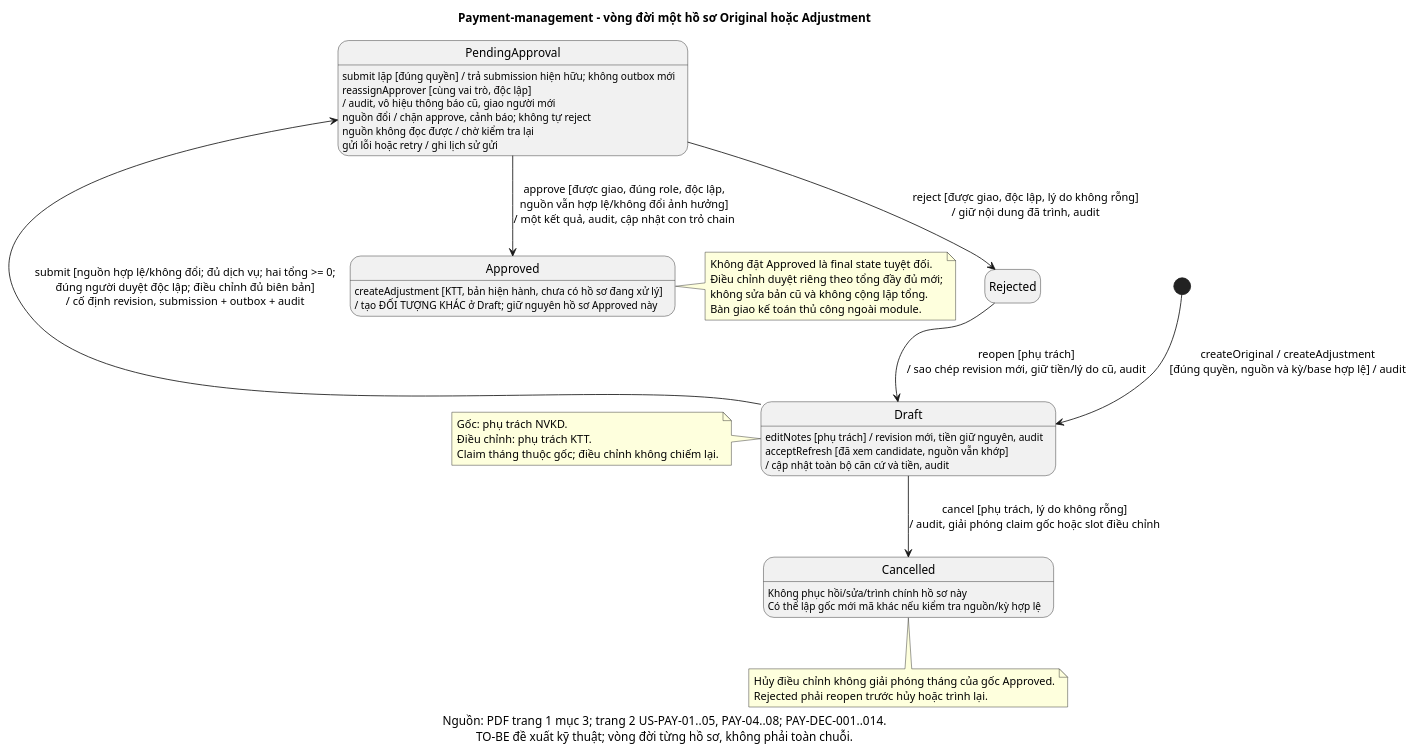
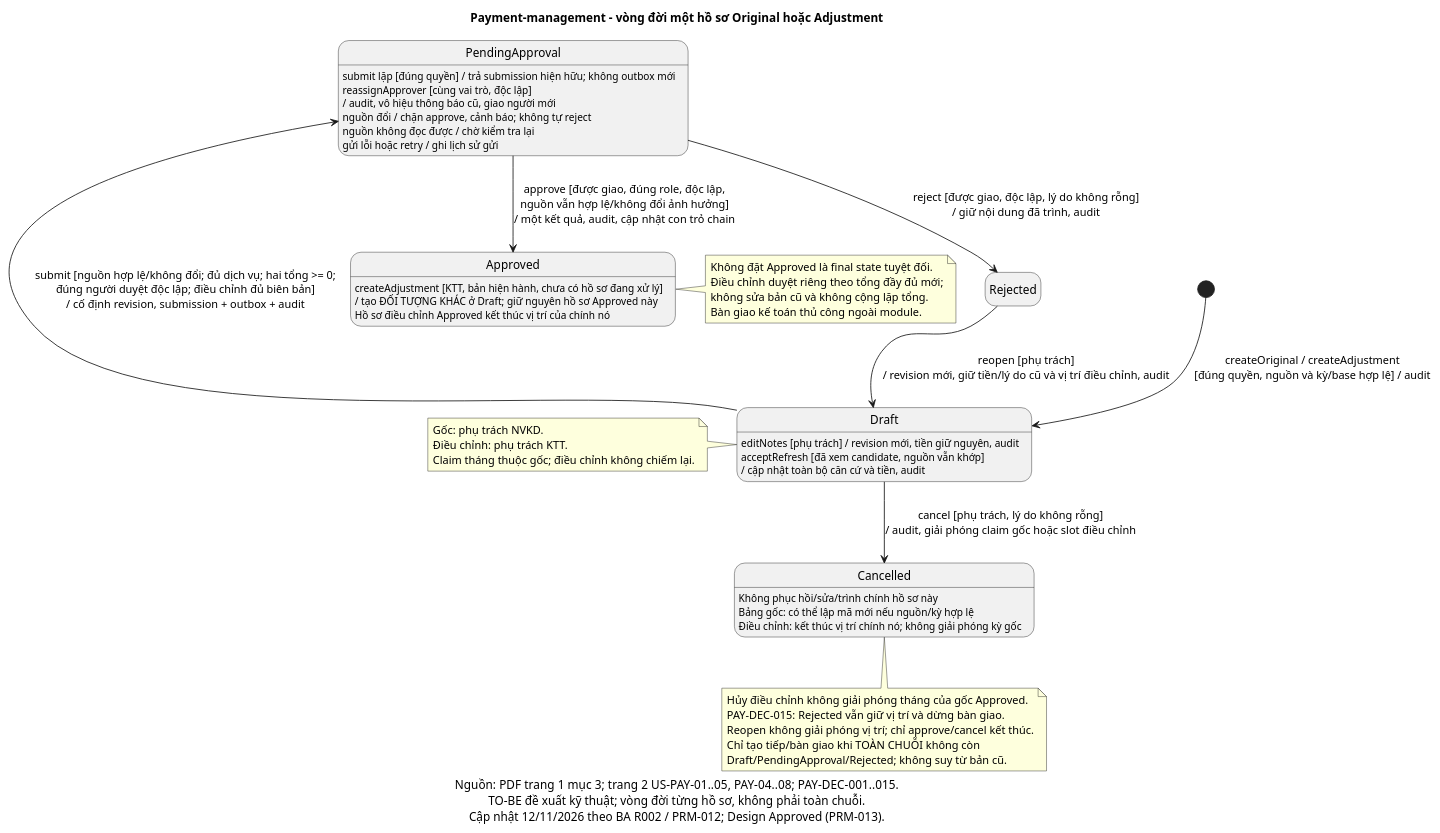
Before and after one commit to NotTodaySirr/module_thanh_toan: the diagram in docs/design/payment-management/diagrams/state-machine.puml, drawn with PlantUML. The commit also changed 22 other files, not shown here.

Commit message:
docs(payment-management): cập nhật thiết kế theo phân tích sau R002

```diff
--- a/docs/design/payment-management/diagrams/state-machine.puml
+++ b/docs/design/payment-management/diagrams/state-machine.puml
@@ -1,43 +1,48 @@
 @startuml
 title Payment-management - vòng đời một hồ sơ Original hoặc Adjustment
-caption Nguồn: PDF trang 1 mục 3; trang 2 US-PAY-01..05, PAY-04..08; PAY-DEC-001..014.\nTO-BE đề xuất kỹ thuật; vòng đời từng hồ sơ, không phải toàn chuỗi.
+caption Nguồn: PDF trang 1 mục 3; trang 2 US-PAY-01..05, PAY-04..08; PAY-DEC-001..015.\nTO-BE đề xuất kỹ thuật; vòng đời từng hồ sơ, không phải toàn chuỗi.\nCập nhật 12/11/2026 theo BA R002 / PRM-012; Design Approved (PRM-013).
 skinparam defaultFontName Arial
 hide empty description
 
 [*] --> Draft : createOriginal / createAdjustment\n[đúng quyền, nguồn và kỳ/base hợp lệ] / audit
 Draft : editNotes [phụ trách] / revision mới, tiền giữ nguyên, audit
 Draft : acceptRefresh [đã xem candidate, nguồn vẫn khớp]
 Draft : / cập nhật toàn bộ căn cứ và tiền, audit
 Draft --> PendingApproval : submit [nguồn hợp lệ/không đổi; đủ dịch vụ; hai tổng >= 0;\nđúng người duyệt độc lập; điều chỉnh đủ biên bản]\n/ cố định revision, submission + outbox + audit
 PendingApproval : submit lặp [đúng quyền] / trả submission hiện hữu; không outbox mới
 PendingApproval : reassignApprover [cùng vai trò, độc lập]
 PendingApproval : / audit, vô hiệu thông báo cũ, giao người mới
 PendingApproval : nguồn đổi / chặn approve, cảnh báo; không tự reject
 PendingApproval : nguồn không đọc được / chờ kiểm tra lại
 PendingApproval : gửi lỗi hoặc retry / ghi lịch sử gửi
 PendingApproval --> Approved : approve [được giao, đúng role, độc lập,\nnguồn vẫn hợp lệ/không đổi ảnh hưởng]\n/ một kết quả, audit, cập nhật con trỏ chain
 PendingApproval --> Rejected : reject [được giao, độc lập, lý do không rỗng]\n/ giữ nội dung đã trình, audit
-Rejected --> Draft : reopen [phụ trách]\n/ sao chép revision mới, giữ tiền/lý do cũ, audit
+Rejected --> Draft : reopen [phụ trách]\n/ revision mới, giữ tiền/lý do cũ và vị trí điều chỉnh, audit
 Draft --> Cancelled : cancel [phụ trách, lý do không rỗng]\n/ audit, giải phóng claim gốc hoặc slot điều chỉnh
 
 Approved : createAdjustment [KTT, bản hiện hành, chưa có hồ sơ đang xử lý]
 Approved : / tạo ĐỐI TƯỢNG KHÁC ở Draft; giữ nguyên hồ sơ Approved này
+Approved : Hồ sơ điều chỉnh Approved kết thúc vị trí của chính nó
 Cancelled : Không phục hồi/sửa/trình chính hồ sơ này
-Cancelled : Có thể lập gốc mới mã khác nếu kiểm tra nguồn/kỳ hợp lệ
+Cancelled : Bảng gốc: có thể lập mã mới nếu nguồn/kỳ hợp lệ
+Cancelled : Điều chỉnh: kết thúc vị trí chính nó; không giải phóng kỳ gốc
 
 note right of Approved
   Không đặt Approved là final state tuyệt đối.
   Điều chỉnh duyệt riêng theo tổng đầy đủ mới;
   không sửa bản cũ và không cộng lặp tổng.
   Bàn giao kế toán thủ công ngoài module.
 end note
 note left of Draft
   Gốc: phụ trách NVKD.
   Điều chỉnh: phụ trách KTT.
   Claim tháng thuộc gốc; điều chỉnh không chiếm lại.
 end note
 note bottom of Cancelled
   Hủy điều chỉnh không giải phóng tháng của gốc Approved.
-  Rejected phải reopen trước hủy hoặc trình lại.
+  PAY-DEC-015: Rejected vẫn giữ vị trí và dừng bàn giao.
+  Reopen không giải phóng vị trí; chỉ approve/cancel kết thúc.
+  Chỉ tạo tiếp/bàn giao khi TOÀN CHUỖI không còn
+  Draft/PendingApproval/Rejected; không suy từ bản cũ.
 end note
 @enduml
```
